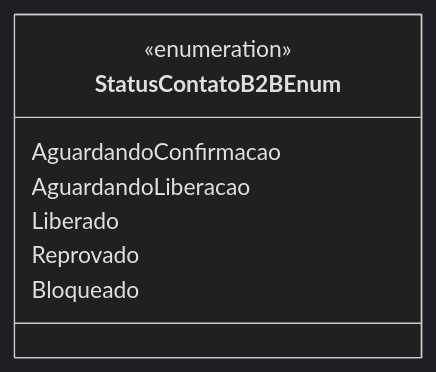
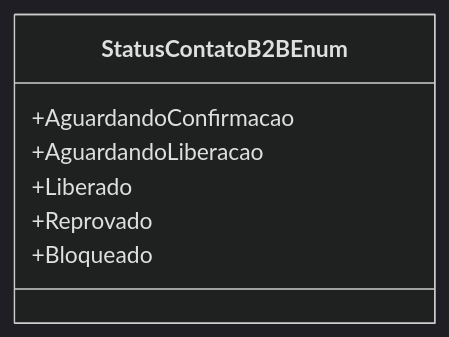
Before and after one commit to IsthmusSistemas/documentacao-tecnica: the diagram in docs/b2b-dominio/IsthmusWinthor.Nucleo/IsthmusWinthor.Dominio/Enumeradores/StatusContatoB2BEnum.md, drawn with Mermaid (dark theme). The commit also changed other lines of this file and 882 other files, not shown here.

````diff
--- a/docs/b2b-dominio/IsthmusWinthor.Nucleo/IsthmusWinthor.Dominio/Enumeradores/StatusContatoB2BEnum.md
+++ b/docs/b2b-dominio/IsthmusWinthor.Nucleo/IsthmusWinthor.Dominio/Enumeradores/StatusContatoB2BEnum.md
@@ -12,11 +22,10 @@
 ```mermaid
 classDiagram
     class StatusContatoB2BEnum {
-        <<enumeration>>
-        AguardandoConfirmacao
-        AguardandoLiberacao
-        Liberado
-        Reprovado
-        Bloqueado
+        +AguardandoConfirmacao
+        +AguardandoLiberacao
+        +Liberado
+        +Reprovado
+        +Bloqueado
     }
 ```
````
